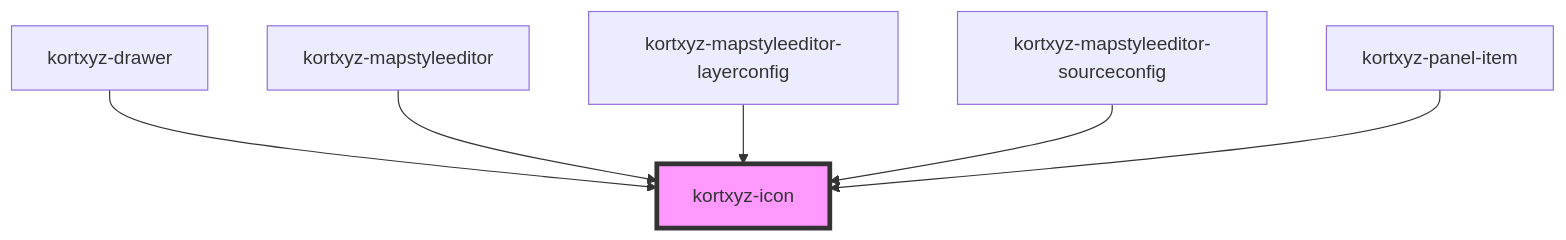
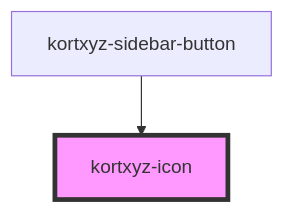
Before and after one commit to KORTxyz/kortxyz-components: the diagram in src/components/kortxyz-icon/readme.md, drawn with Mermaid. The commit also changed other lines of this file and 21 other files, not shown here.

````diff
--- a/src/components/kortxyz-icon/readme.md
+++ b/src/components/kortxyz-icon/readme.md
@@ -28,9 +24,5 @@
 ```mermaid
 graph TD;
-  kortxyz-drawer --> kortxyz-icon
-  kortxyz-mapstyleeditor --> kortxyz-icon
-  kortxyz-mapstyleeditor-layerconfig --> kortxyz-icon
-  kortxyz-mapstyleeditor-sourceconfig --> kortxyz-icon
-  kortxyz-panel-item --> kortxyz-icon
+  kortxyz-sidebar-button --> kortxyz-icon
   style kortxyz-icon fill:#f9f,stroke:#333,stroke-width:4px
 ```
````
